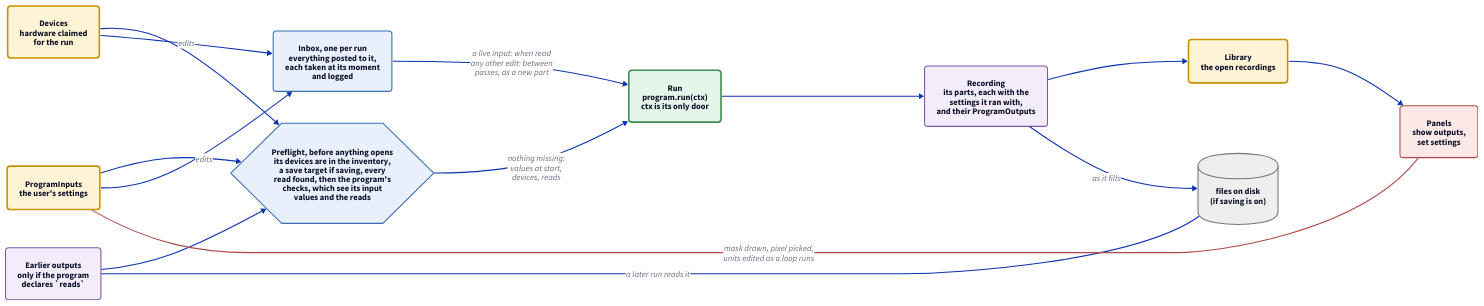
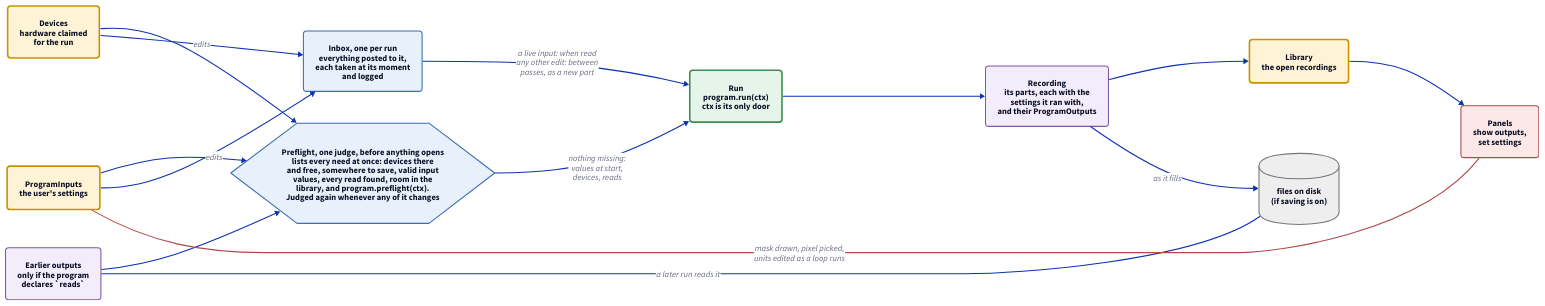
Before and after one commit to FishyIshyFishy/pyrpoc: the diagram in docs/diagrams/core.d2, drawn with D2. The commit also changed 21 other files, not shown here.

```diff
--- a/docs/diagrams/core.d2
+++ b/docs/diagrams/core.d2
@@ -1,43 +1,43 @@
 # Board 1 of 2: what flows into a program and what comes out. See nouns.d2 for the nouns.
 direction: right
 
 classes: {
   coll: {style: {fill: "#fff3d6"; stroke: "#c79200"; stroke-width: 3; border-radius: 6}}
   prog: {style: {fill: "#e6f5e9"; stroke: "#3c8d4f"; stroke-width: 3; border-radius: 6}}
   inbox: {style: {fill: "#e8f0fb"; stroke: "#3b6db3"; stroke-width: 2; border-radius: 6}}
   val: {style: {fill: "#f3ecfa"; stroke: "#7e57a8"; border-radius: 6}}
   view: {style: {fill: "#fde8e8"; stroke: "#b04a4a"; border-radius: 6}}
   disk: {shape: cylinder; style: {fill: "#eeeeee"; stroke: "#777777"}}
   check: {shape: hexagon; style: {fill: "#e8f0fb"; stroke: "#3b6db3"}}
 }
 
 settings: "ProgramInputs\nthe user's settings" {class: coll}
 devices: "Devices\nhardware claimed\nfor the run" {class: coll}
 earlier: "Earlier outputs\nonly if the program\ndeclares `reads`" {class: val}
 
 inbox: "Inbox, one per run\neverything posted to it,\neach taken at its moment\nand logged" {class: inbox}
 
-preflight: "Preflight, before anything opens\nits devices are in the inventory,\na save target if saving, every\nread found, then the program's\nchecks, which see its input\nvalues and the reads" {class: check}
+preflight: "Preflight, one judge, before anything opens\nlists every need at once: devices there\nand free, somewhere to save, valid input\nvalues, every read found, room in the\nlibrary, and program.preflight(ctx).\nJudged again whenever any of it changes" {class: check}
 
 run: "Run\nprogram.run(ctx)\nctx is its only door" {class: prog}
 
 recording: "Recording\nits parts, each with the\nsettings it ran with,\nand their ProgramOutputs" {class: val}
 library: "Library\nthe open recordings" {class: coll}
 files: "files on disk\n(if saving is on)" {class: disk}
 panels: "Panels\nshow outputs,\nset settings" {class: view}
 
 settings -> preflight
 devices -> preflight
 earlier -> preflight
 preflight -> run: "nothing missing:\nvalues at start,\ndevices, reads"
 
 settings -> inbox: "edits"
 devices -> inbox: "edits"
 inbox -> run: "a live input: when read\nany other edit: between\npasses, as a new part"
 
 run -> recording
 recording -> library
 recording -> files: "as it fills"
 earlier -- files: "a later run reads it" {source-arrowhead.shape: triangle}
 library -> panels
 settings -- panels: "mask drawn, pixel picked,\nunits edited as a loop runs" {source-arrowhead.shape: triangle; style.stroke: "#b04a4a"}
```
